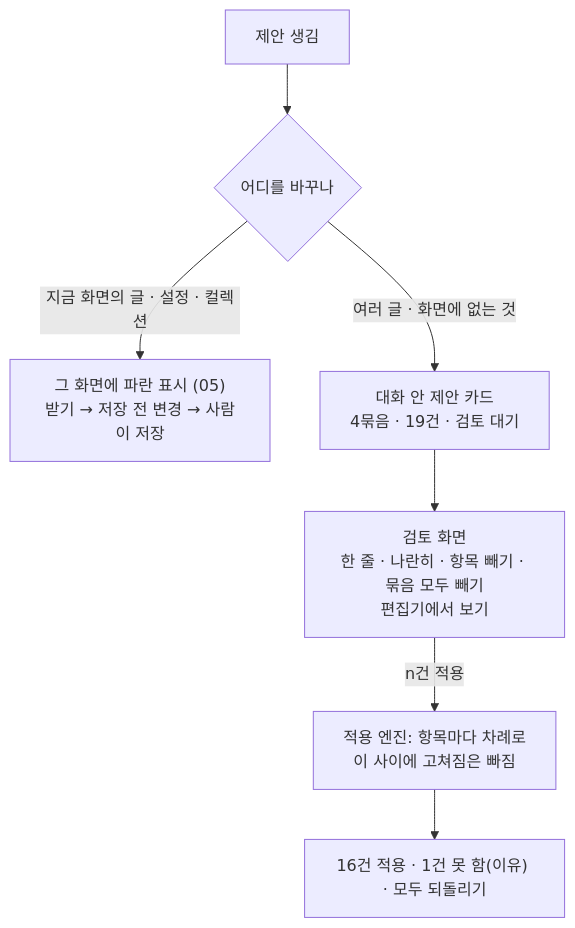
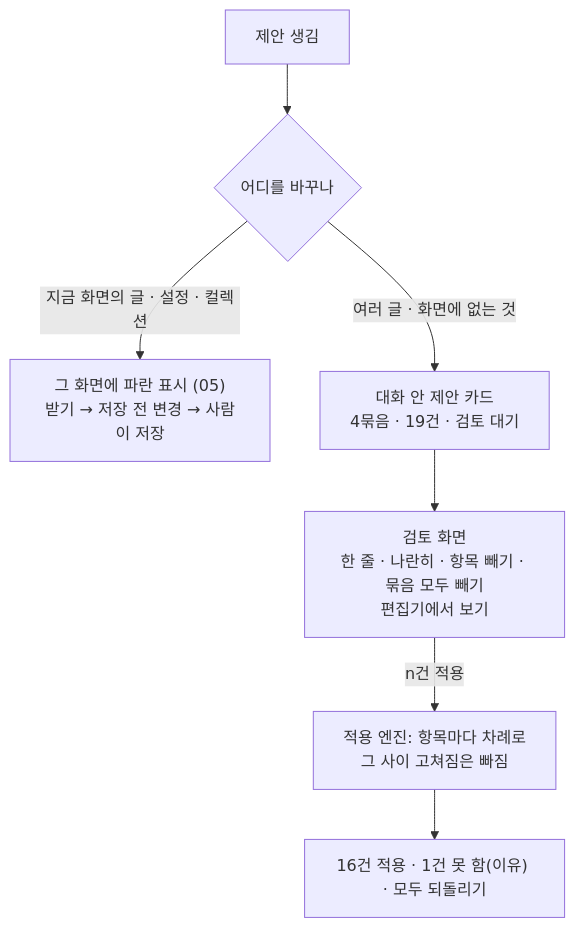
Before and after one commit to monti-cms/monti: the third of 4 diagrams in docs/design/features/10-assistant.md, drawn with Mermaid. The commit also changed other lines of this file, not shown here.

````diff
--- a/docs/design/features/10-assistant.md
+++ b/docs/design/features/10-assistant.md
@@ -121,9 +121,9 @@
 ```mermaid
 flowchart TD
   P["제안 생김"] --> W{"어디를 바꾸나"}
   W -->|지금 화면의 글 · 설정 · 컬렉션| ON["그 화면에 파란 표시 (05)<br/>받기 → 저장 전 변경 → 사람이 저장"]
   W -->|여러 글 · 화면에 없는 것| CARD["대화 안 제안 카드<br/>4묶음 · 19건 · 검토 대기"]
   CARD --> REV["검토 화면<br/>한 줄 · 나란히 · 항목 빼기 · 묶음 모두 빼기<br/>편집기에서 보기"]
-  REV -->|n건 적용| AP["적용 엔진: 항목마다 차례로<br/>이 사이에 고쳐짐은 빠짐"]
+  REV -->|n건 적용| AP["적용 엔진: 항목마다 차례로<br/>그 사이 고쳐짐은 빠짐"]
   AP --> RES["16건 적용 · 1건 못 함(이유) · 모두 되돌리기"]
 ```
````
